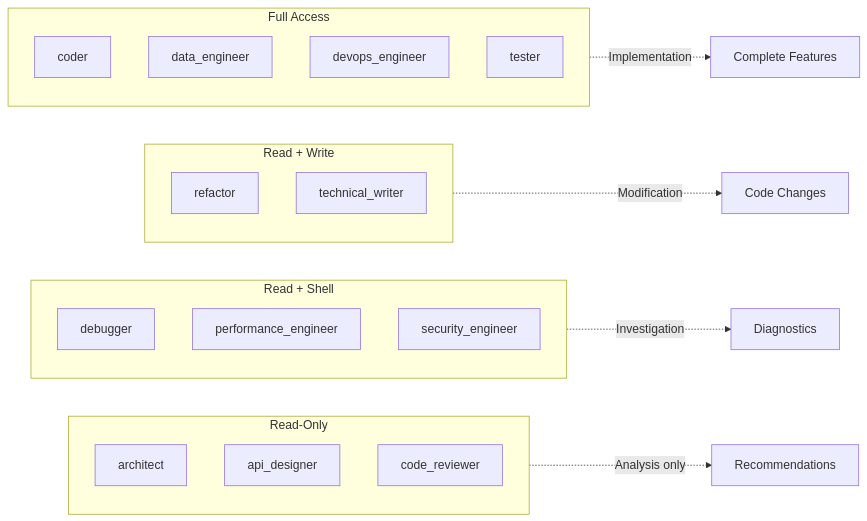
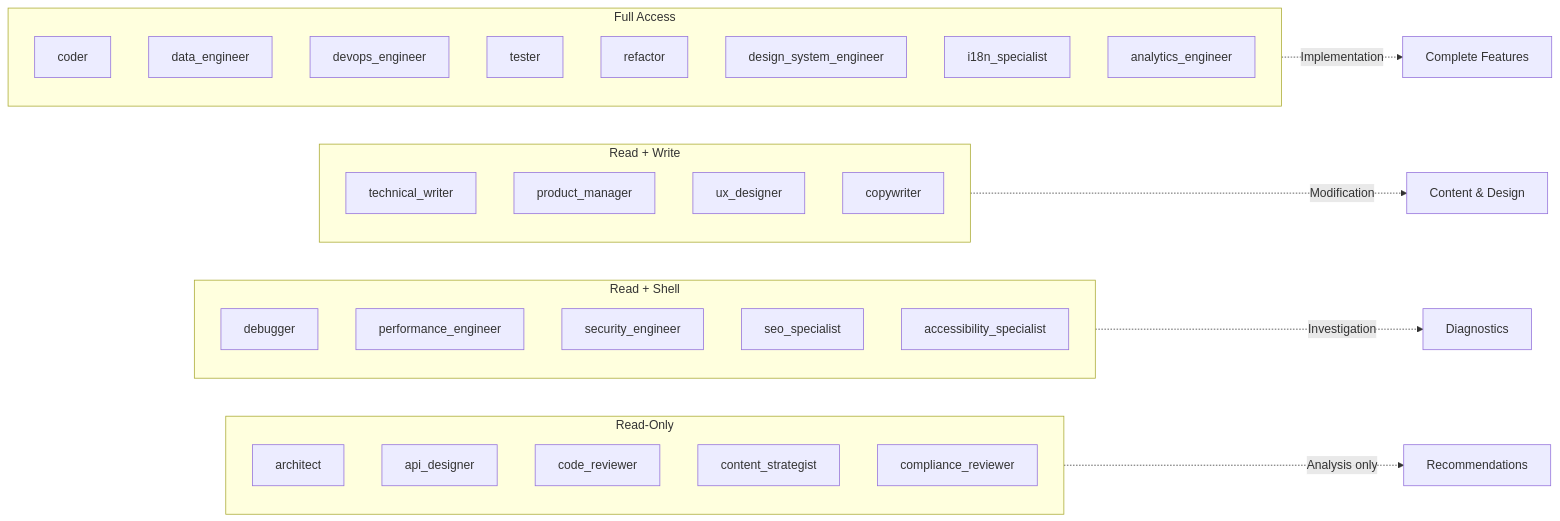
The second of 3 diagrams in USAGE.md (josstei/maestro-orchestrate), drawn with Mermaid before and after one commit. The commit also changed other lines of this file and 131 other files, not shown here.

First line of the commit message:
feat: v1.4.0 — expand to 22 agents, add Express workflow, and simplify architecture

````diff
--- a/USAGE.md
+++ b/USAGE.md
@@ -1372,31 +1178,41 @@
 ```mermaid
 flowchart LR
     subgraph ReadOnly[Read-Only]
         A1[architect]
         A2[api_designer]
         A3[code_reviewer]
+        A4[content_strategist]
+        A5[compliance_reviewer]
     end
 
     subgraph ReadShell[Read + Shell]
         B1[debugger]
         B2[performance_engineer]
         B3[security_engineer]
+        B4[seo_specialist]
+        B5[accessibility_specialist]
     end
 
     subgraph ReadWrite[Read + Write]
-        C1[refactor]
-        C2[technical_writer]
+        C1[technical_writer]
+        C2[product_manager]
+        C3[ux_designer]
+        C4[copywriter]
     end
 
     subgraph Full[Full Access]
         D1[coder]
         D2[data_engineer]
         D3[devops_engineer]
         D4[tester]
+        D5[refactor]
+        D6[design_system_engineer]
+        D7[i18n_specialist]
+        D8[analytics_engineer]
     end
 
     ReadOnly -.->|Analysis only| Output1[Recommendations]
     ReadShell -.->|Investigation| Output2[Diagnostics]
-    ReadWrite -.->|Modification| Output3[Code Changes]
+    ReadWrite -.->|Modification| Output3[Content & Design]
     Full -.->|Implementation| Output4[Complete Features]
 ```
````
